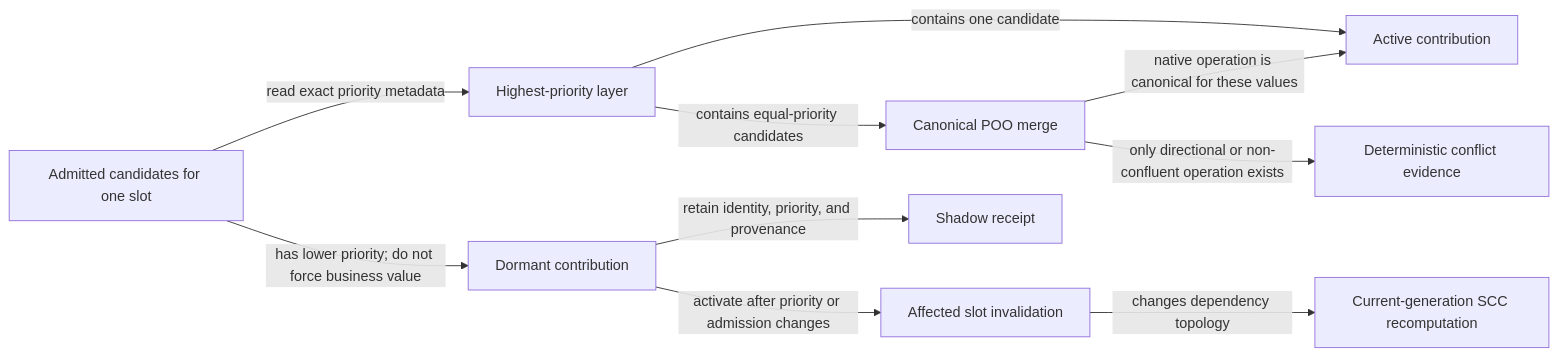
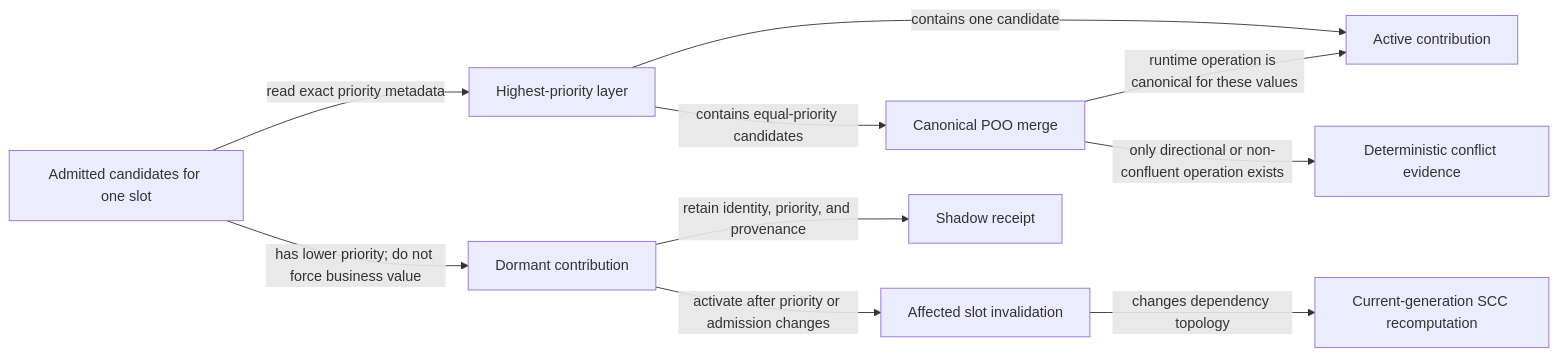
Before and after one commit to tao3k/gebril-yuanxu: the third of 3 diagrams in module-system/design/45-41-poo-profile-slot-contribution-priority.org, drawn with Mermaid. The commit also changed other lines of this file and 1469 other files, not shown here.

```diff
--- a/module-system/design/45-41-poo-profile-slot-contribution-priority.org
+++ b/module-system/design/45-41-poo-profile-slot-contribution-priority.org
@@ -164,12 +164,12 @@
 #+begin_src mermaid
 flowchart LR
     C["Admitted candidates for one slot"] -->|"read exact priority metadata"| H["Highest-priority layer"]
     H -->|"contains one candidate"| W["Active contribution"]
     H -->|"contains equal-priority candidates"| M["Canonical POO merge"]
-    M -->|"native operation is canonical for these values"| W
+    M -->|"runtime operation is canonical for these values"| W
     M -->|"only directional or non-confluent operation exists"| E["Deterministic conflict evidence"]
     C -->|"has lower priority; do not force business value"| D["Dormant contribution"]
     D -->|"retain identity, priority, and provenance"| R["Shadow receipt"]
     D -->|"activate after priority or admission changes"| F["Affected slot invalidation"]
     F -->|"changes dependency topology"| S["Current-generation SCC recomputation"]
 #+end_src
```
